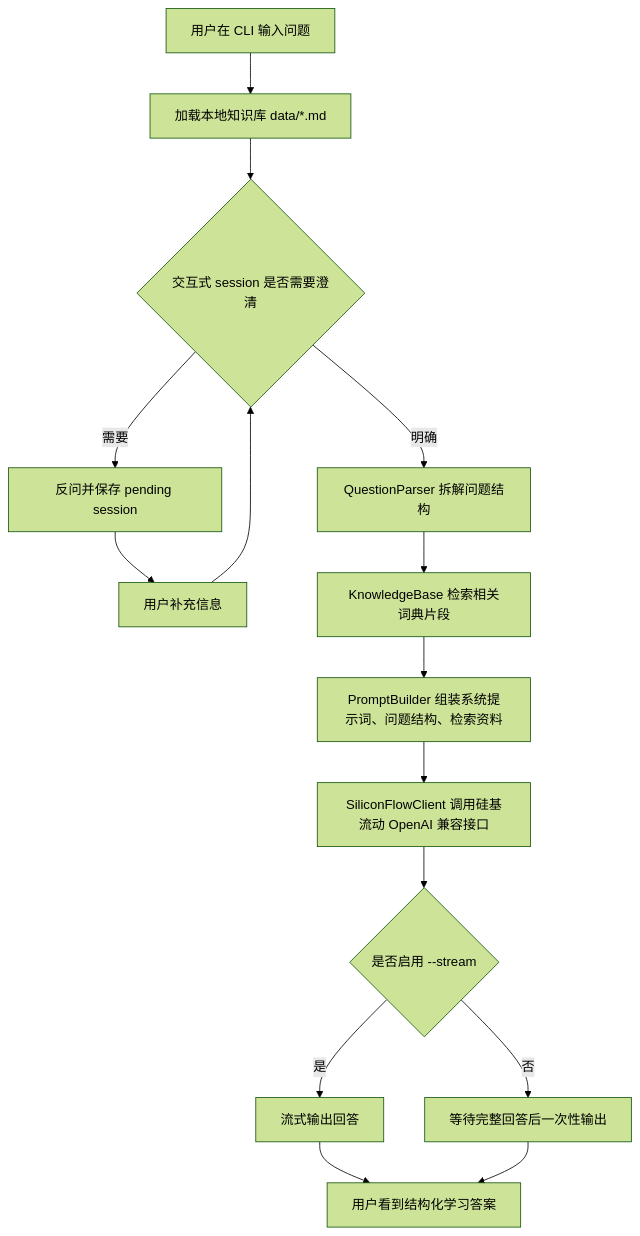
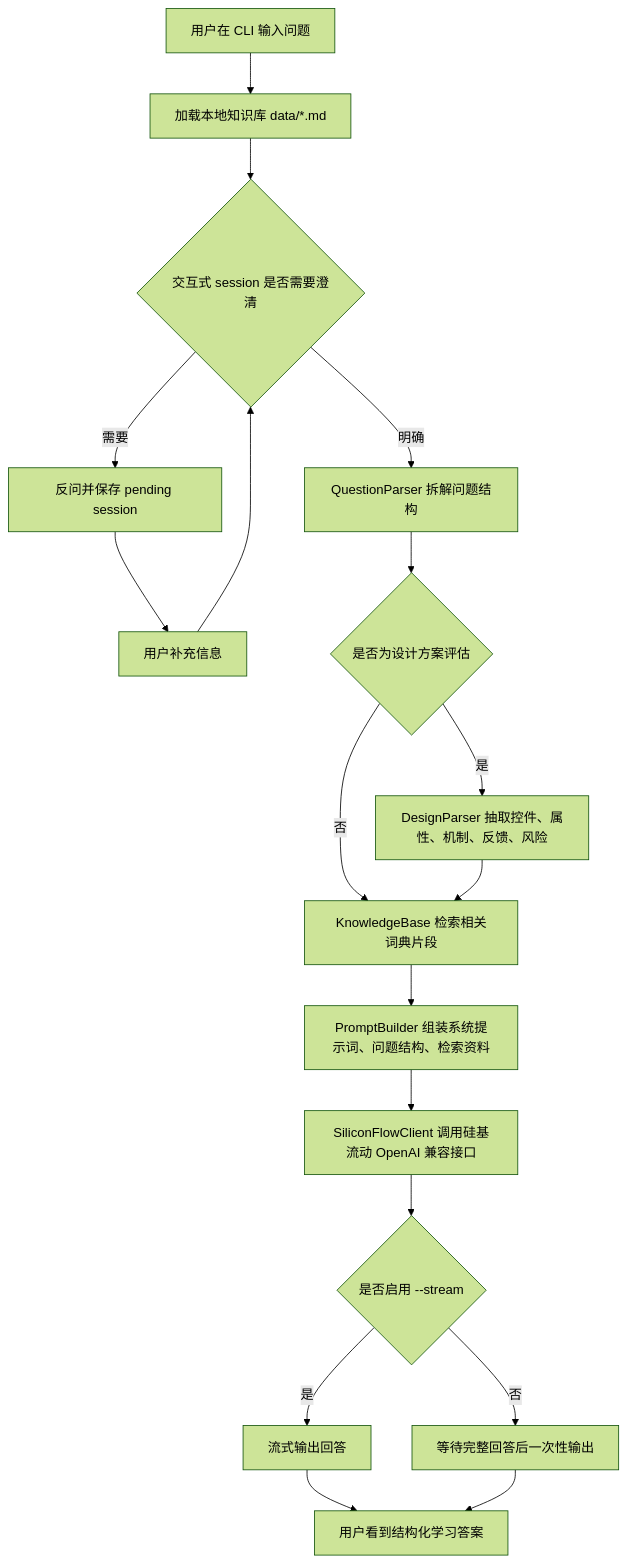
One commit to LoftyComet/Interact_agent changed the diagram in docs/agent_flow.md. Above: the diagram before and after it, drawn with Mermaid (forest theme). The commit also changed other lines of this file and 7 other files, not shown here.

````diff
--- a/docs/agent_flow.md
+++ b/docs/agent_flow.md
@@ -30,17 +32,20 @@
 ```mermaid
 flowchart TD
     A[用户在 CLI 输入问题] --> B[加载本地知识库 data/*.md]
     B --> C{交互式 session 是否需要澄清}
     C -->|需要| C1[反问并保存 pending session]
     C1 --> C2[用户补充信息]
     C2 --> C
     C -->|明确| D[QuestionParser 拆解问题结构]
-    D --> E[KnowledgeBase 检索相关词典片段]
+    D --> D1{是否为设计方案评估}
+    D1 -->|是| D2[DesignParser 抽取控件、属性、机制、反馈、风险]
+    D1 -->|否| E[KnowledgeBase 检索相关词典片段]
+    D2 --> E
     E --> F[PromptBuilder 组装系统提示词、问题结构、检索资料]
     F --> G[SiliconFlowClient 调用硅基流动 OpenAI 兼容接口]
     G --> H{是否启用 --stream}
     H -->|是| I[流式输出回答]
     H -->|否| J[等待完整回答后一次性输出]
     I --> K[用户看到结构化学习答案]
     J --> K
 ```
````
